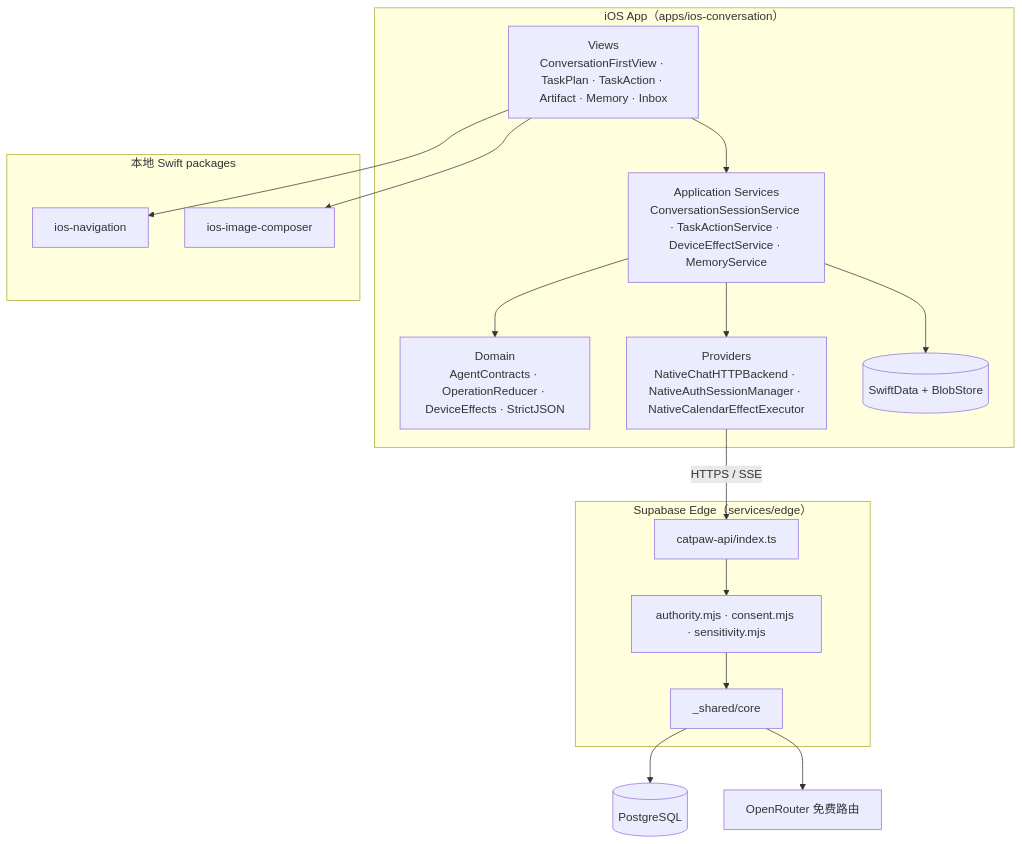
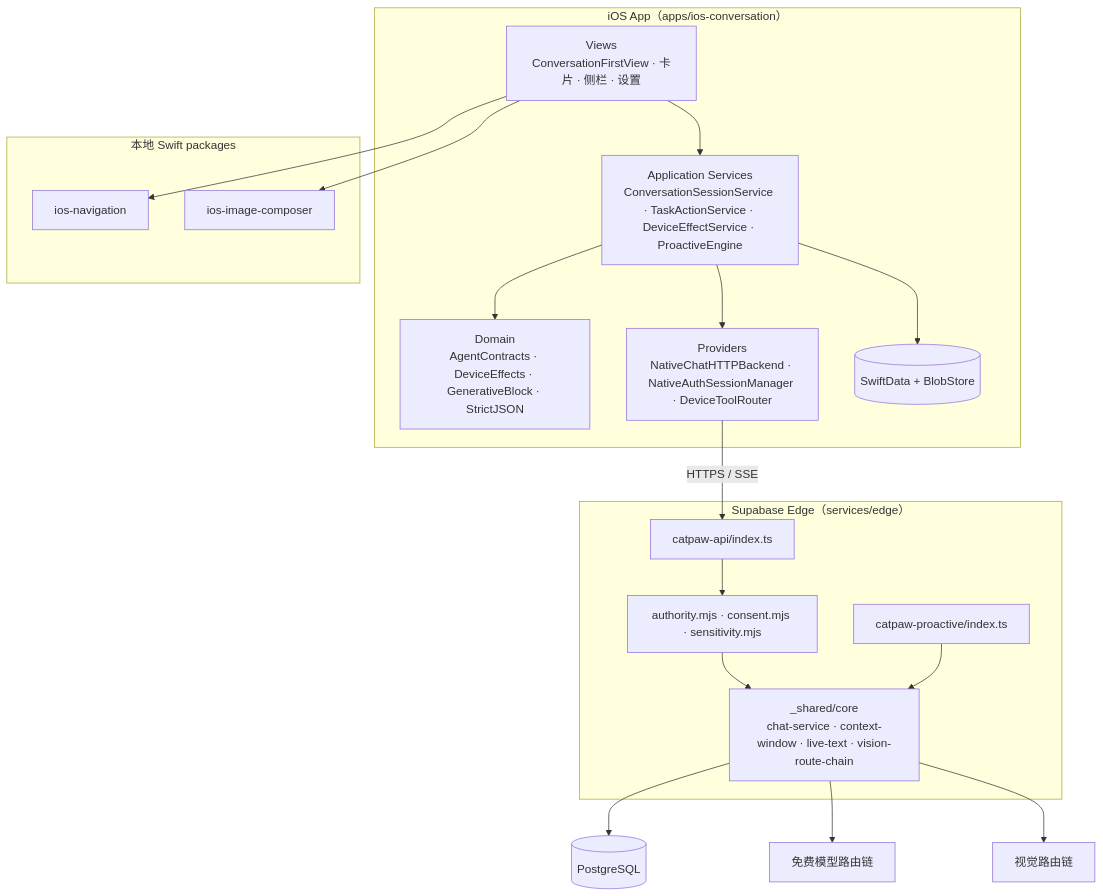
One commit to Yankj/cat-m changed the first of 2 diagrams in docs/architecture.md. Above: the diagram before and after it, drawn with Mermaid. The commit also changed other lines of this file and 3 other files, not shown here.

First line of the commit message:
docs: refresh README for v1.1 (verified feature table, live text / context window, Mermaid, Diátaxis map); sync architecture and demo script with main

````diff
--- a/docs/architecture.md
+++ b/docs/architecture.md
@@ -9,28 +9,31 @@
 ```mermaid
 flowchart TB
   subgraph Client["iOS App（apps/ios-conversation）"]
-    V["Views<br/>ConversationFirstView · TaskPlan · TaskAction · Artifact · Memory · Inbox"]
-    S["Application Services<br/>ConversationSessionService · TaskActionService · DeviceEffectService · MemoryService"]
-    D["Domain<br/>AgentContracts · OperationReducer · DeviceEffects · StrictJSON"]
-    P["Providers<br/>NativeChatHTTPBackend · NativeAuthSessionManager · NativeCalendarEffectExecutor"]
+    V["Views<br/>ConversationFirstView · 卡片 · 侧栏 · 设置"]
+    S["Application Services<br/>ConversationSessionService · TaskActionService · DeviceEffectService · ProactiveEngine"]
+    D["Domain<br/>AgentContracts · DeviceEffects · GenerativeBlock · StrictJSON"]
+    P["Providers<br/>NativeChatHTTPBackend · NativeAuthSessionManager · DeviceToolRouter"]
     DB[("SwiftData + BlobStore")]
     V --> S --> D
     S --> P
     S --> DB
   end
   subgraph Pkg["本地 Swift packages"]
     NAV["ios-navigation"]
     IMG["ios-image-composer"]
   end
   subgraph Backend["Supabase Edge（services/edge）"]
     API["catpaw-api/index.ts"]
+    PRO["catpaw-proactive/index.ts"]
     AUTH["authority.mjs · consent.mjs · sensitivity.mjs"]
-    CORE["_shared/core"]
+    CORE["_shared/core<br/>chat-service · context-window · live-text · vision-route-chain"]
     API --> AUTH --> CORE
+    PRO --> CORE
   end
   V --> NAV
   V --> IMG
   P -->|HTTPS / SSE| API
   CORE --> PG[("PostgreSQL")]
-  CORE --> M["OpenRouter 免费路由"]
+  CORE --> M["免费模型路由链"]
+  CORE --> VIS["视觉路由链"]
 ```
````
